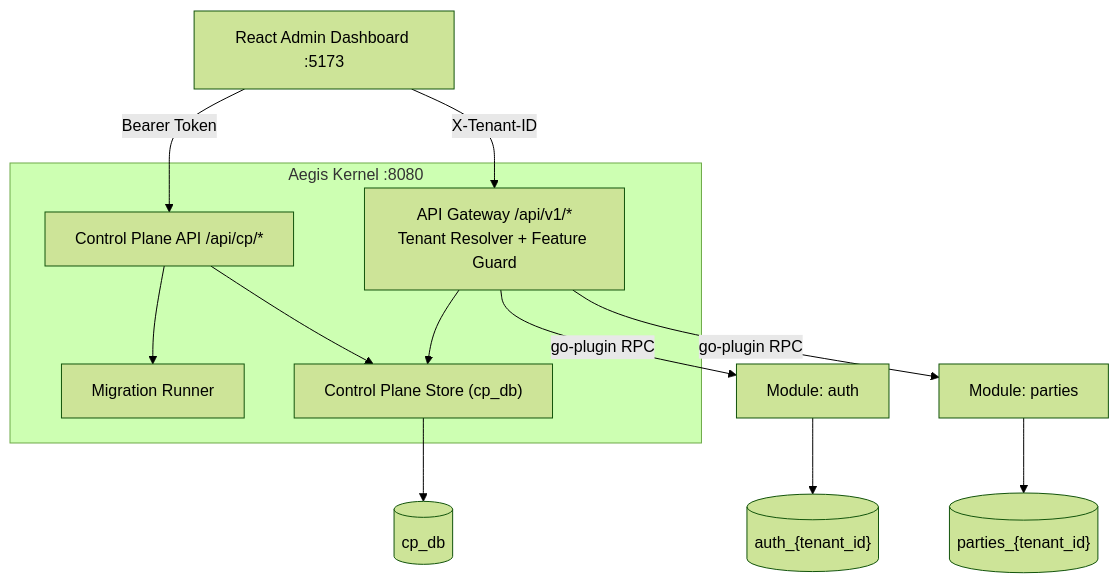
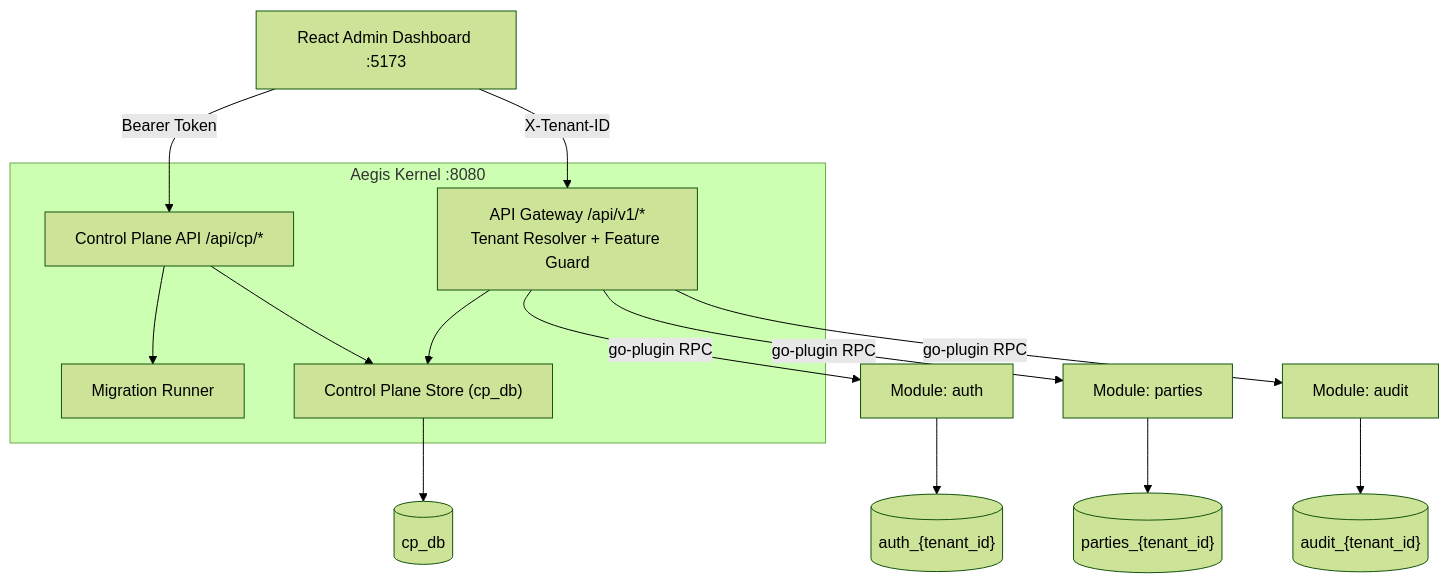
Before and after one commit to dudangphuoc/aegis-kernel: the diagram in README.md, drawn with Mermaid (forest theme). The commit also changed other lines of this file and 71 other files, not shown here.

Commit message:
feat: add audit module, database auditing SDK, and pgbouncer integration support

````diff
--- a/README.md
+++ b/README.md
@@ -17,24 +17,26 @@
 ```mermaid
 flowchart TD
     UI["React Admin Dashboard :5173"]
 
     subgraph Kernel["Aegis Kernel :8080"]
         CPAPI["Control Plane API /api/cp/*"]
         Migrator["Migration Runner"]
         CPStore["Control Plane Store (cp_db)"]
         GW["API Gateway /api/v1/*<br/>Tenant Resolver + Feature Guard"]
         CPAPI --> CPStore
         CPAPI --> Migrator
         GW --> CPStore
     end
 
     UI -- "Bearer Token" --> CPAPI
     UI -- "X-Tenant-ID" --> GW
 
     GW -- "go-plugin RPC" --> ModAuth["Module: auth"]
     GW -- "go-plugin RPC" --> ModParties["Module: parties"]
+    GW -- "go-plugin RPC" --> ModAudit["Module: audit"]
 
     CPStore --> DB_CP[("cp_db")]
     ModAuth --> DB_Auth[("auth_{tenant_id}")]
     ModParties --> DB_Party[("parties_{tenant_id}")]
+    ModAudit --> DB_Audit[("audit_{tenant_id}")]
 ```
````
